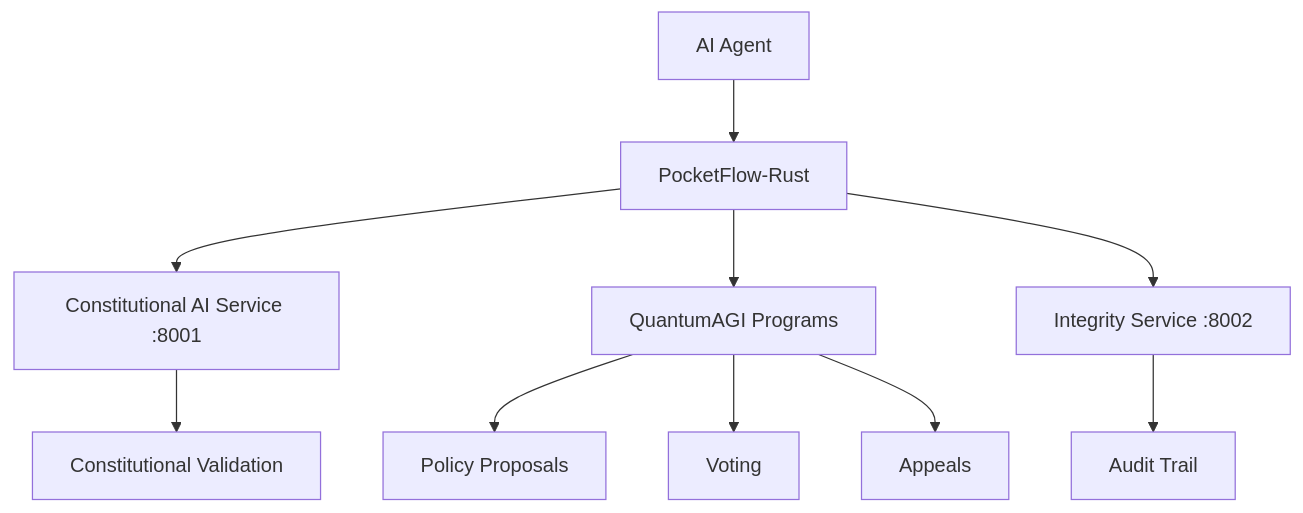
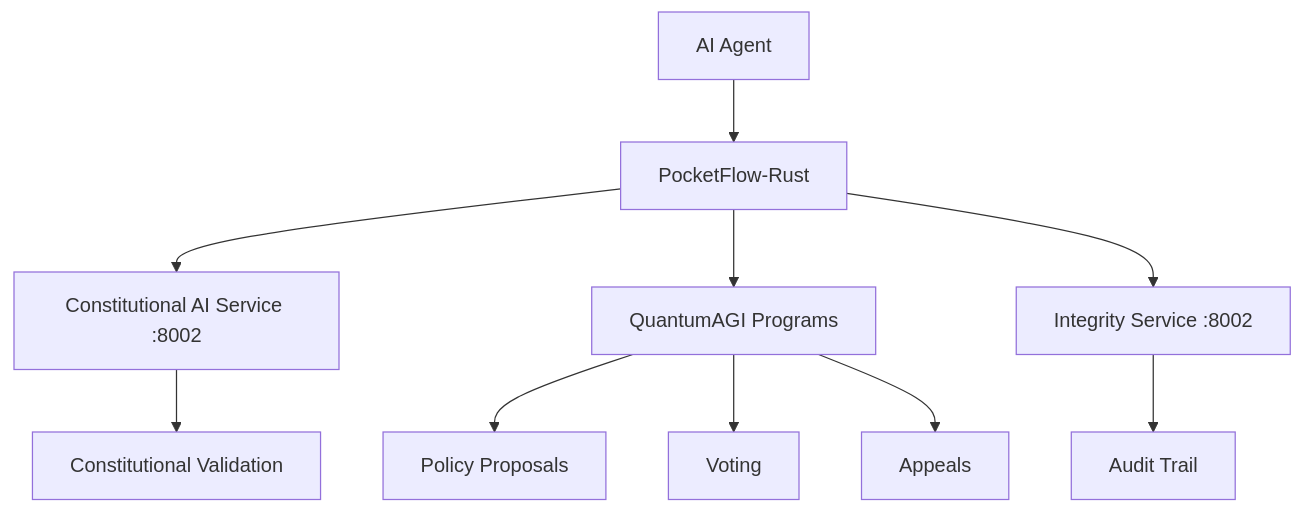
The diagram in services/ai-governance/pocketflow-rust/README.md (CA-git-com-co/ACGS), drawn with Mermaid before and after one commit. The commit also changed other lines of this file and 880 other files, not shown here.

````diff
--- a/services/ai-governance/pocketflow-rust/README.md
+++ b/services/ai-governance/pocketflow-rust/README.md
@@ -21,12 +21,12 @@
 ```mermaid
 graph TD
     A[AI Agent] --> B[PocketFlow-Rust]
-    B --> C[Constitutional AI Service :8001]
+    B --> C[Constitutional AI Service :8002]
     B --> D[QuantumAGI Programs]
     B --> E[Integrity Service :8002]
     C --> F[Constitutional Validation]
     D --> G[Policy Proposals]
     D --> H[Voting]
     D --> I[Appeals]
     E --> J[Audit Trail]
 ```
````
